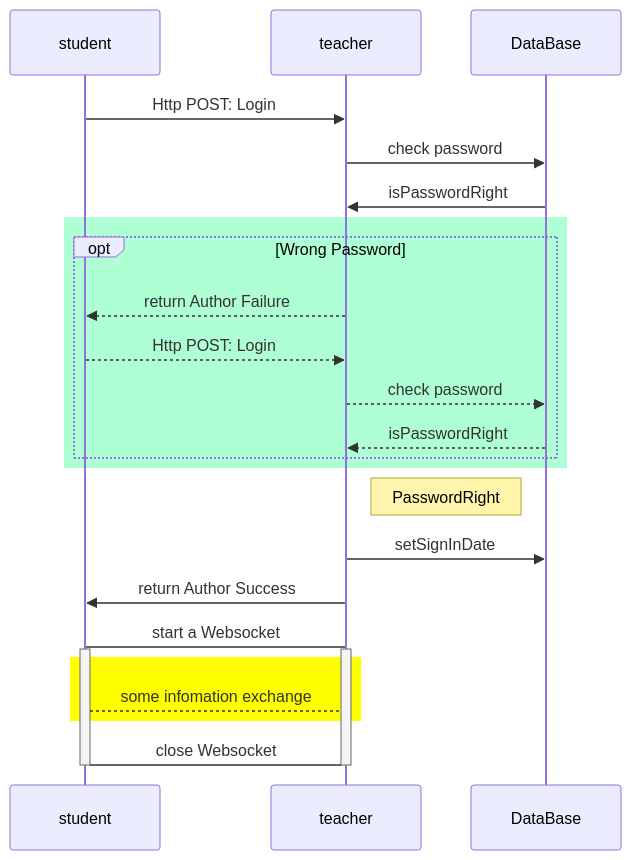
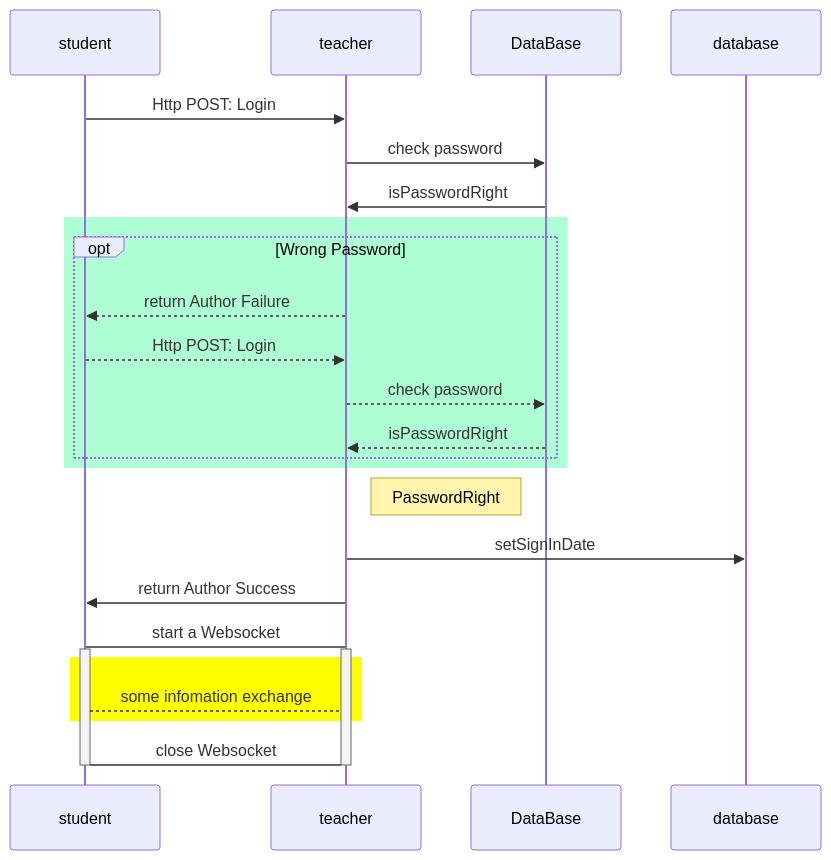
One commit to xylon-xiang/xylon-xiang-clientManagementSystem changed the first of 4 diagrams in architecture design.md. Above: the diagram before and after it, drawn with Mermaid. The commit also changed other lines of this file and 7 other files, not shown here.

````diff
--- a/architecture design.md
+++ b/architecture design.md
@@ -19,47 +19,47 @@
 ```mermaid
 sequenceDiagram
 
     participant student
     participant teacher
     participant DataBase
 	
 
     student ->> teacher: Http POST: Login
   
   teacher ->> DataBase: check password
     DataBase ->> teacher: isPasswordRight
     
     
     rect rgb(175, 255, 212)
      
     opt Wrong Password
   	teacher -->> student: return Author Failure
     student -->> teacher: Http POST: Login
     teacher -->> DataBase: check password
     DataBase -->> teacher: isPasswordRight
     end
     
     end
     
     Note left of DataBase: PasswordRight
     
-    teacher ->> DataBase: setSignInDate
+    teacher ->> database: setSignInDate
     
     teacher ->> student: return Author Success
     
     teacher -> student: start a Websocket
     
   
     activate student
     activate teacher
     
     rect rgb(255,255,0)
      student --> teacher: some infomation exchange
      end
      
     student -> teacher: close Websocket
     deactivate teacher
     deactivate student
 
     
 ```
````
